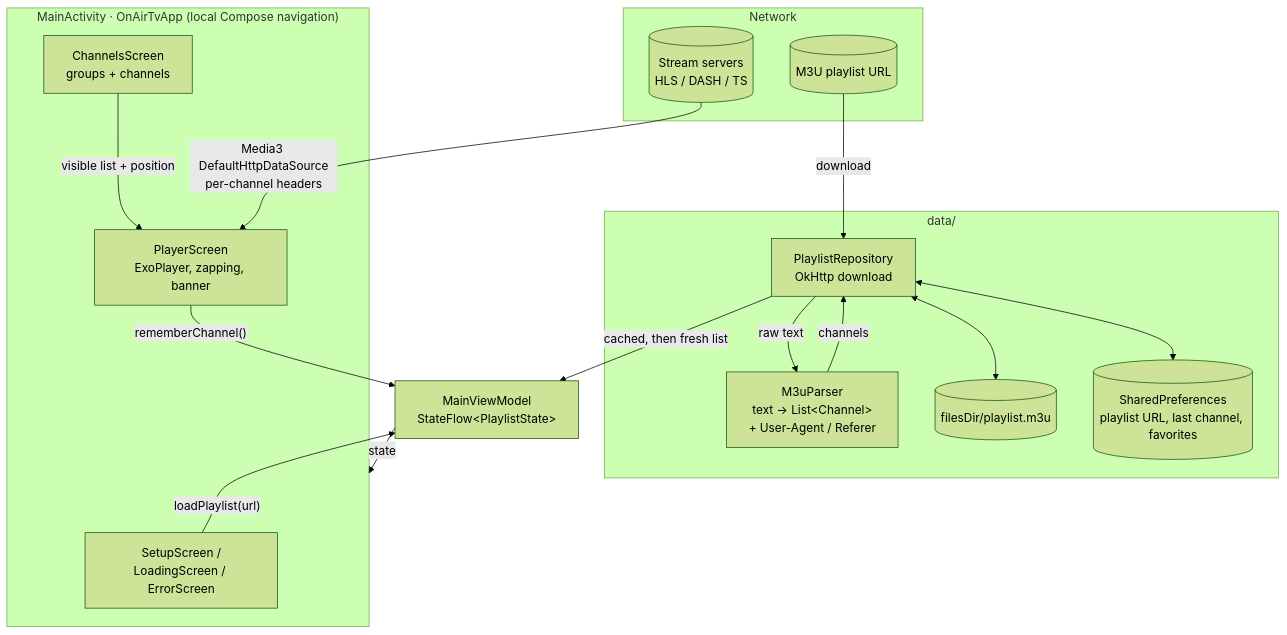
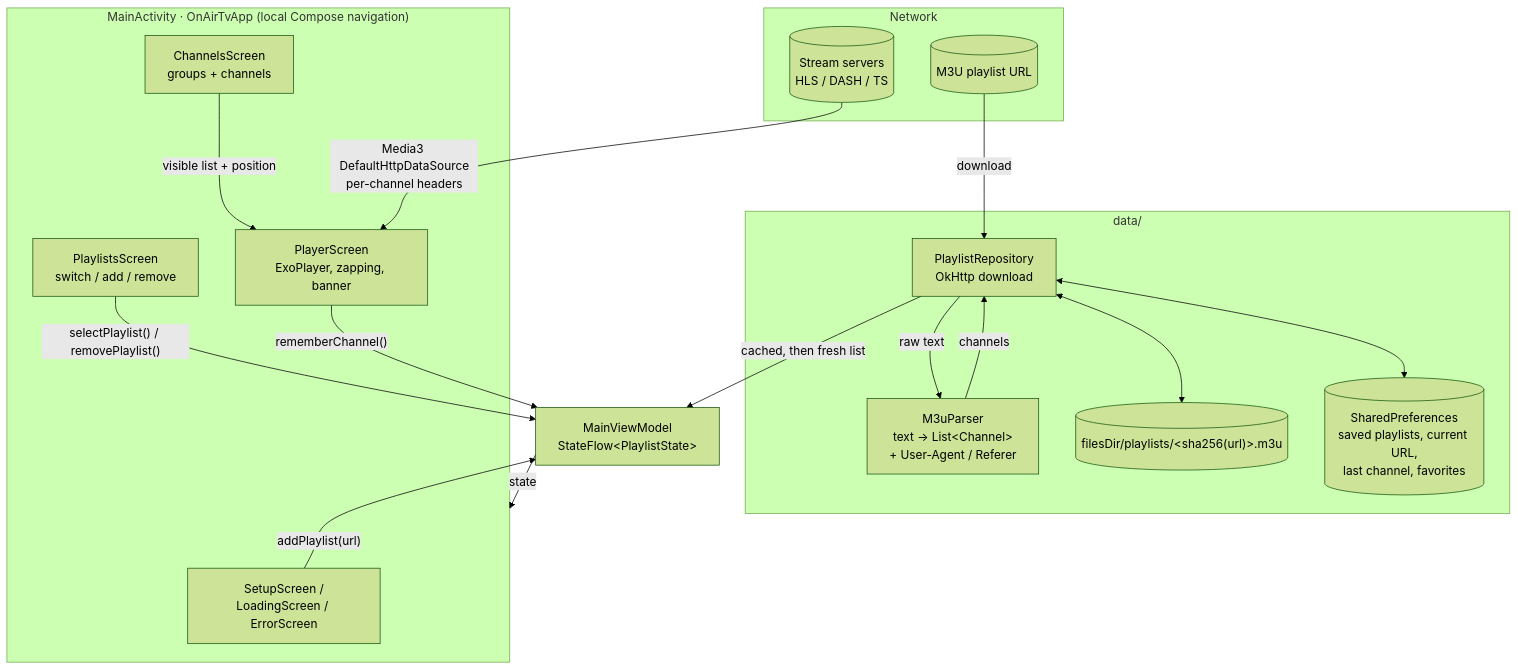
Before and after one commit to jasmedia/onair-tv: the first of 2 diagrams in README.md, drawn with Mermaid (forest theme). The commit also changed other lines of this file and 9 other files, not shown here.

First line of the commit message:
Add multiple saved playlists

````diff
--- a/README.md
+++ b/README.md
@@ -50,34 +54,36 @@
 ```mermaid
 flowchart TB
     subgraph Remote["Network"]
         PL[("M3U playlist URL")]
         ST[("Stream servers<br/>HLS / DASH / TS")]
     end
 
     subgraph Data["data/"]
         REPO["PlaylistRepository<br/>OkHttp download"]
         PARSER["M3uParser<br/>text → List&lt;Channel&gt;<br/>+ User-Agent / Referer"]
-        CACHE[("filesDir/playlist.m3u")]
-        PREFS[("SharedPreferences<br/>playlist URL, last channel, favorites")]
+        CACHE[("filesDir/playlists/&lt;sha256(url)&gt;.m3u")]
+        PREFS[("SharedPreferences<br/>saved playlists, current URL,<br/>last channel, favorites")]
     end
 
     VM["MainViewModel<br/>StateFlow&lt;PlaylistState&gt;"]
 
     subgraph UI["MainActivity · OnAirTvApp (local Compose navigation)"]
         SETUP["SetupScreen /<br/>LoadingScreen / ErrorScreen"]
+        PLS["PlaylistsScreen<br/>switch / add / remove"]
         CH["ChannelsScreen<br/>groups + channels"]
         PLAYER["PlayerScreen<br/>ExoPlayer, zapping, banner"]
     end
 
     PL -- "download" --> REPO
     REPO <--> CACHE
     REPO <--> PREFS
     REPO -- "raw text" --> PARSER
     PARSER -- "channels" --> REPO
     REPO -- "cached, then fresh list" --> VM
     VM -- "state" --> UI
-    SETUP -- "loadPlaylist(url)" --> VM
+    SETUP -- "addPlaylist(url)" --> VM
+    PLS -- "selectPlaylist() / removePlaylist()" --> VM
     CH -- "visible list + position" --> PLAYER
     PLAYER -- "rememberChannel()" --> VM
     ST -- "Media3 DefaultHttpDataSource<br/>per-channel headers" --> PLAYER
 ```
````
